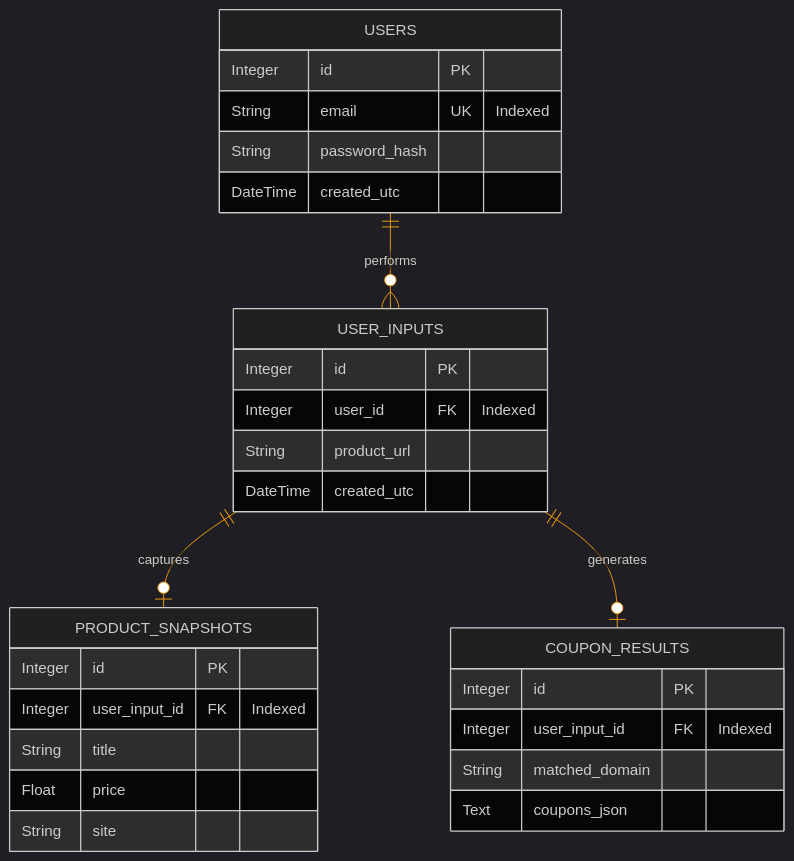
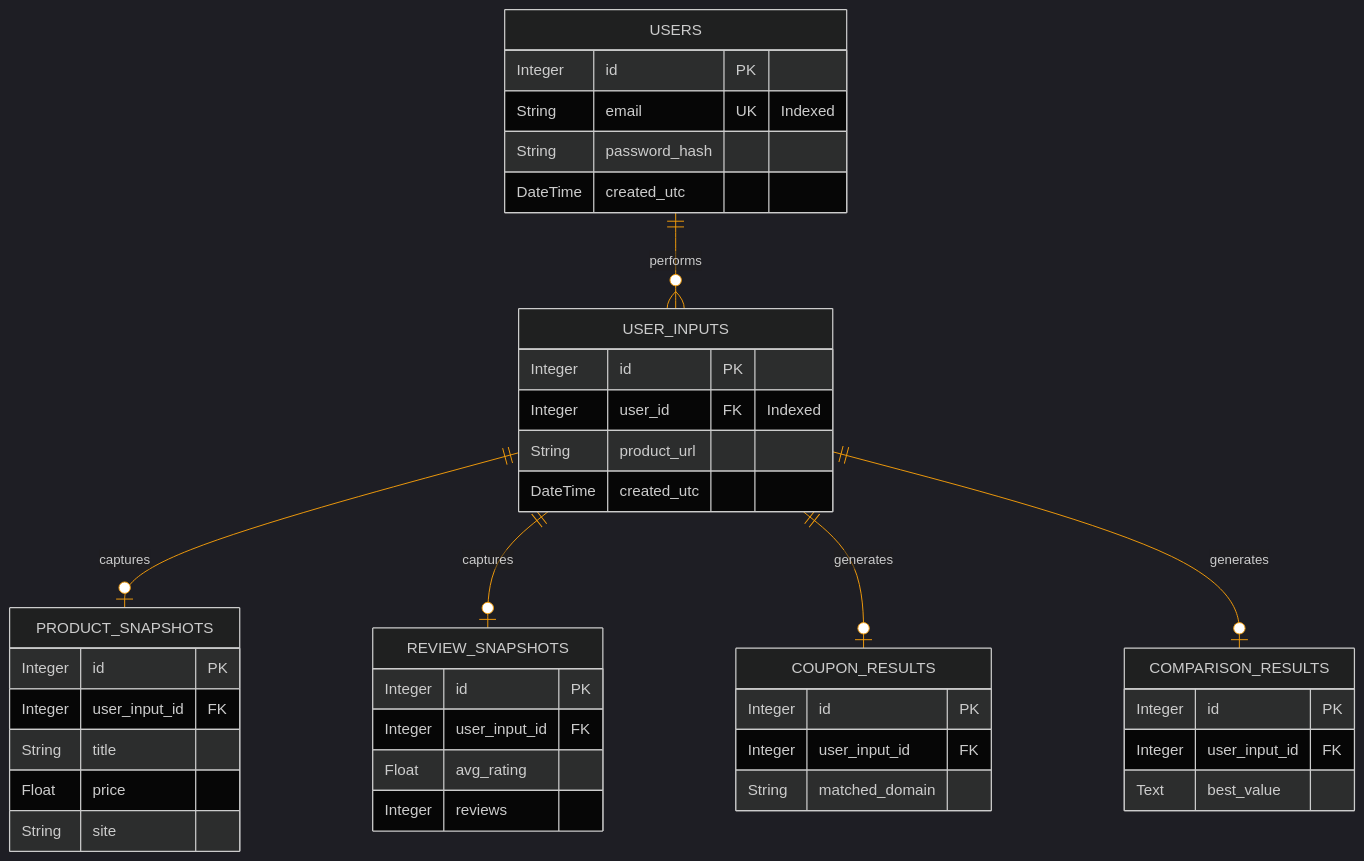
The third of 3 diagrams in SystemModelling.md (SriVigneswaran7/Honey-Hive), drawn with Mermaid before and after one commit. The commit also changed other lines of this file, not shown here.

````diff
--- a/SystemModelling.md
+++ b/SystemModelling.md
@@ -180,44 +175,58 @@
 ```mermaid
 %%{init: {
   'theme': 'dark',
   'themeVariables': {
     'fontFamily': 'sans-serif',
     'background': 'transparent',
     'lineColor': '#f59e0b'
   }
 }}%%
 erDiagram
     %% Relationship links defined first to optimise Mermaid's automatic spacing
     USERS ||--o{ USER_INPUTS : "performs"
     USER_INPUTS ||--o| PRODUCT_SNAPSHOTS : "captures"
+    USER_INPUTS ||--o| REVIEW_SNAPSHOTS : "captures"
     USER_INPUTS ||--o| COUPON_RESULTS : "generates"
+    USER_INPUTS ||--o| COMPARISON_RESULTS : "generates"
 
     USERS {
         Integer id PK
         String email UK "Indexed"
         String password_hash
         DateTime created_utc
     }
 
     USER_INPUTS {
         Integer id PK
         Integer user_id FK "Indexed"
         String product_url
         DateTime created_utc
     }
 
     PRODUCT_SNAPSHOTS {
         Integer id PK
-        Integer user_input_id FK "Indexed"
+        Integer user_input_id FK
         String title
         Float price
         String site
     }
     
+    REVIEW_SNAPSHOTS {
+        Integer id PK
+        Integer user_input_id FK
+        Float avg_rating
+        Integer reviews
+    }
+    
     COUPON_RESULTS {
         Integer id PK
-        Integer user_input_id FK "Indexed"
+        Integer user_input_id FK
         String matched_domain
-        Text coupons_json
+    }
+    
+    COMPARISON_RESULTS {
+        Integer id PK
+        Integer user_input_id FK
+        Text best_value
     }
 ```
````
